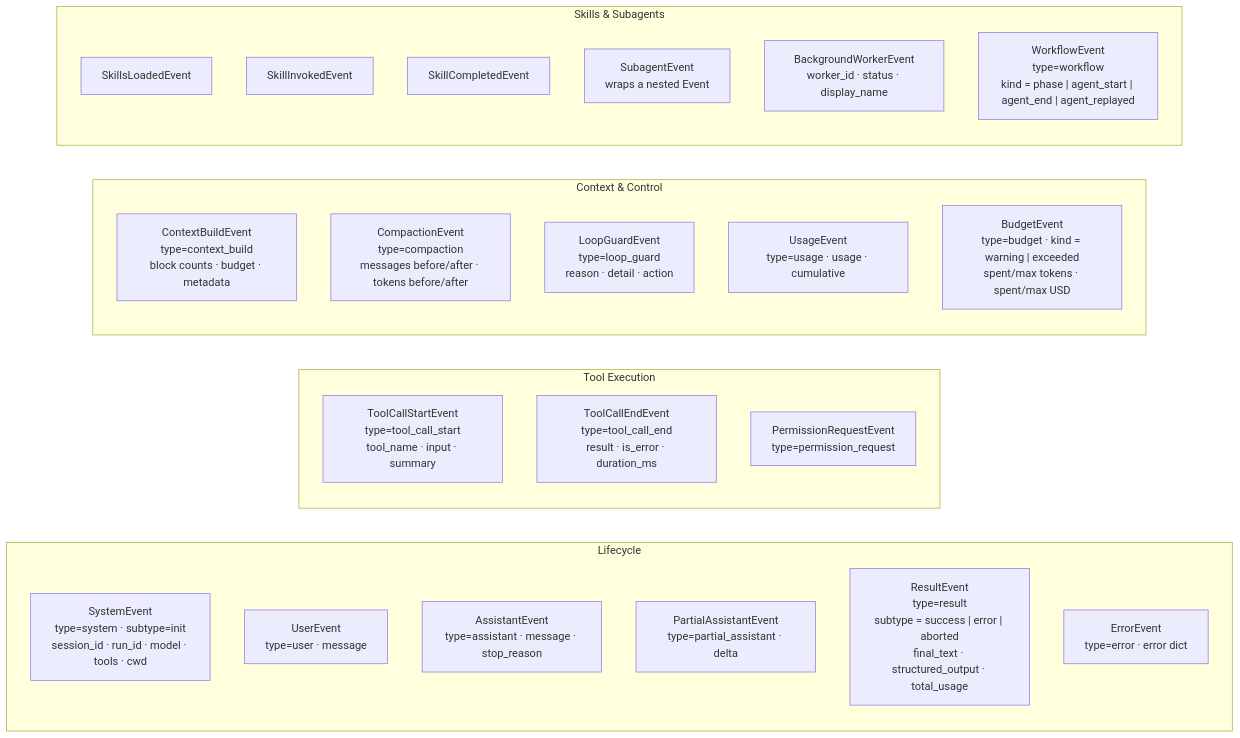
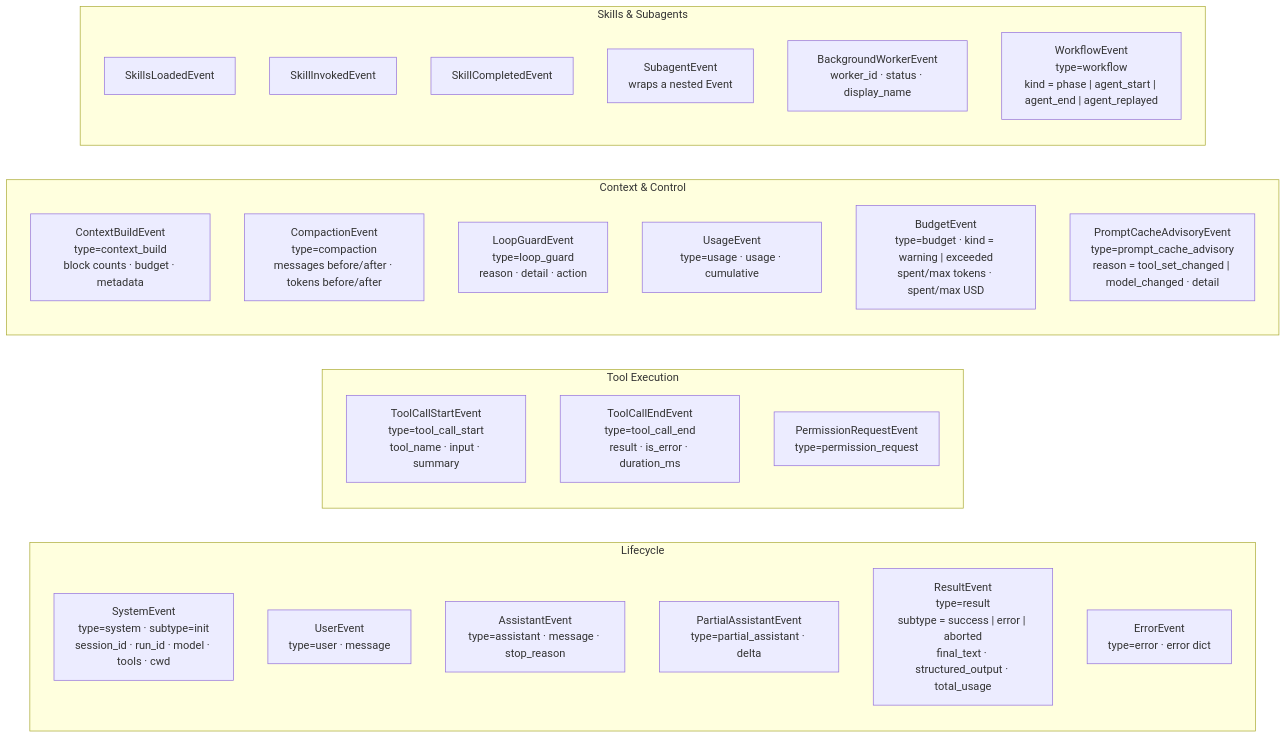
The diagram in docs/architecture/events.md (DuyTa506/linch), drawn with Mermaid before and after one commit. The commit also changed other lines of this file and 70 other files, not shown here.

````diff
--- a/docs/architecture/events.md
+++ b/docs/architecture/events.md
@@ -7,38 +7,39 @@
 ```mermaid
 graph LR
     subgraph Life["Lifecycle"]
         direction TB
         SE["SystemEvent\ntype=system · subtype=init\nsession_id · run_id · model · tools · cwd"]
         UE["UserEvent\ntype=user · message"]
         AE["AssistantEvent\ntype=assistant · message · stop_reason"]
         PAE["PartialAssistantEvent\ntype=partial_assistant · delta"]
         RE["ResultEvent\ntype=result\nsubtype = success | error | aborted\nfinal_text · structured_output · total_usage"]
         ERR["ErrorEvent\ntype=error · error dict"]
     end
 
     subgraph Tools["Tool Execution"]
         direction TB
         TCS["ToolCallStartEvent\ntype=tool_call_start\ntool_name · input · summary"]
         TCE["ToolCallEndEvent\ntype=tool_call_end\nresult · is_error · duration_ms"]
         PRE["PermissionRequestEvent\ntype=permission_request"]
     end
 
     subgraph Ctx["Context & Control"]
         direction TB
         CBE["ContextBuildEvent\ntype=context_build\nblock counts · budget · metadata"]
         CE["CompactionEvent\ntype=compaction\nmessages before/after · tokens before/after"]
         LGE["LoopGuardEvent\ntype=loop_guard\nreason · detail · action"]
         UGE["UsageEvent\ntype=usage · usage · cumulative"]
         BE["BudgetEvent\ntype=budget · kind = warning | exceeded\nspent/max tokens · spent/max USD"]
+        PCA["PromptCacheAdvisoryEvent\ntype=prompt_cache_advisory\nreason = tool_set_changed | model_changed · detail"]
     end
 
     subgraph Skill["Skills & Subagents"]
         direction TB
         SLE["SkillsLoadedEvent"]
         SIE["SkillInvokedEvent"]
         SCE["SkillCompletedEvent"]
         SAE["SubagentEvent\nwraps a nested Event"]
         BWE["BackgroundWorkerEvent\nworker_id · status · display_name"]
         WFE["WorkflowEvent\ntype=workflow\nkind = phase | agent_start | agent_end | agent_replayed"]
     end
 ```
````
